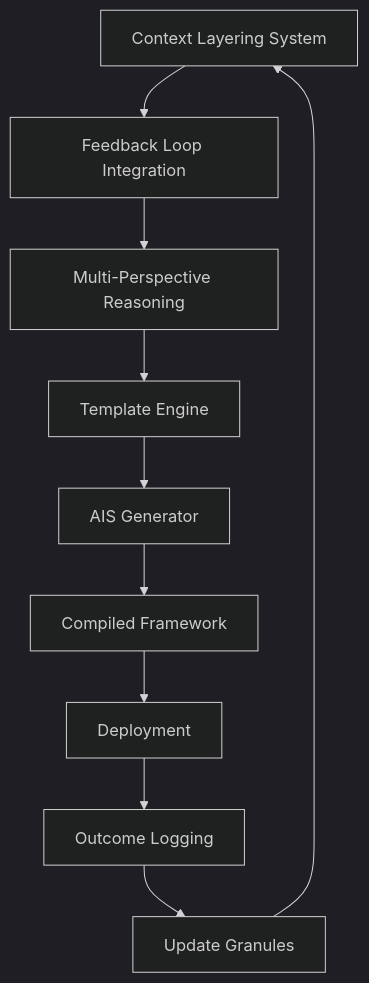
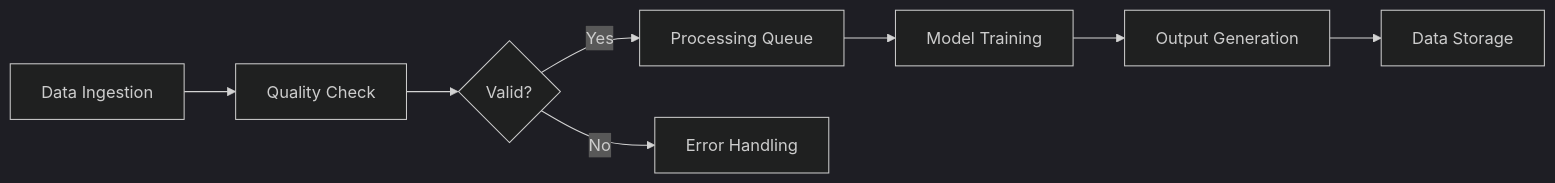
One commit to Theoretical-Computer-Science/Advanced-Research changed the third of 3 diagrams in Ideas/Qwen/Qwen3-235B-A22B-Instruct-2507/AIS.md. Above: the diagram before and after it, drawn with Mermaid (dark theme). The commit also changed other lines of this file and 1 other file, not shown here.

````diff
--- a/Ideas/Qwen/Qwen3-235B-A22B-Instruct-2507/AIS.md
+++ b/Ideas/Qwen/Qwen3-235B-A22B-Instruct-2507/AIS.md
@@ -405,12 +302,10 @@
 ```mermaid
-flowchart TD
-    S[Context Layering System] --> F[Feedback Loop Integration]
-    F --> M[Multi-Perspective Reasoning]
-    M --> T[Template Engine]
-    T --> G[AIS Generator]
-    G --> C[Compiled Framework]
-    C --> O[Deployment]
-    O --> L[Outcome Logging]
-    L --> U[Update Granules]
-    U --> S
+graph LR
+    A[Data Ingestion] --> B[Quality Check]
+    B --> C{Valid?}
+    C -->|Yes| D[Processing Queue]
+    C -->|No| E[Error Handling]
+    D --> F[Model Training]
+    F --> G[Output Generation]
+    G --> H[Data Storage]
 ```
````
